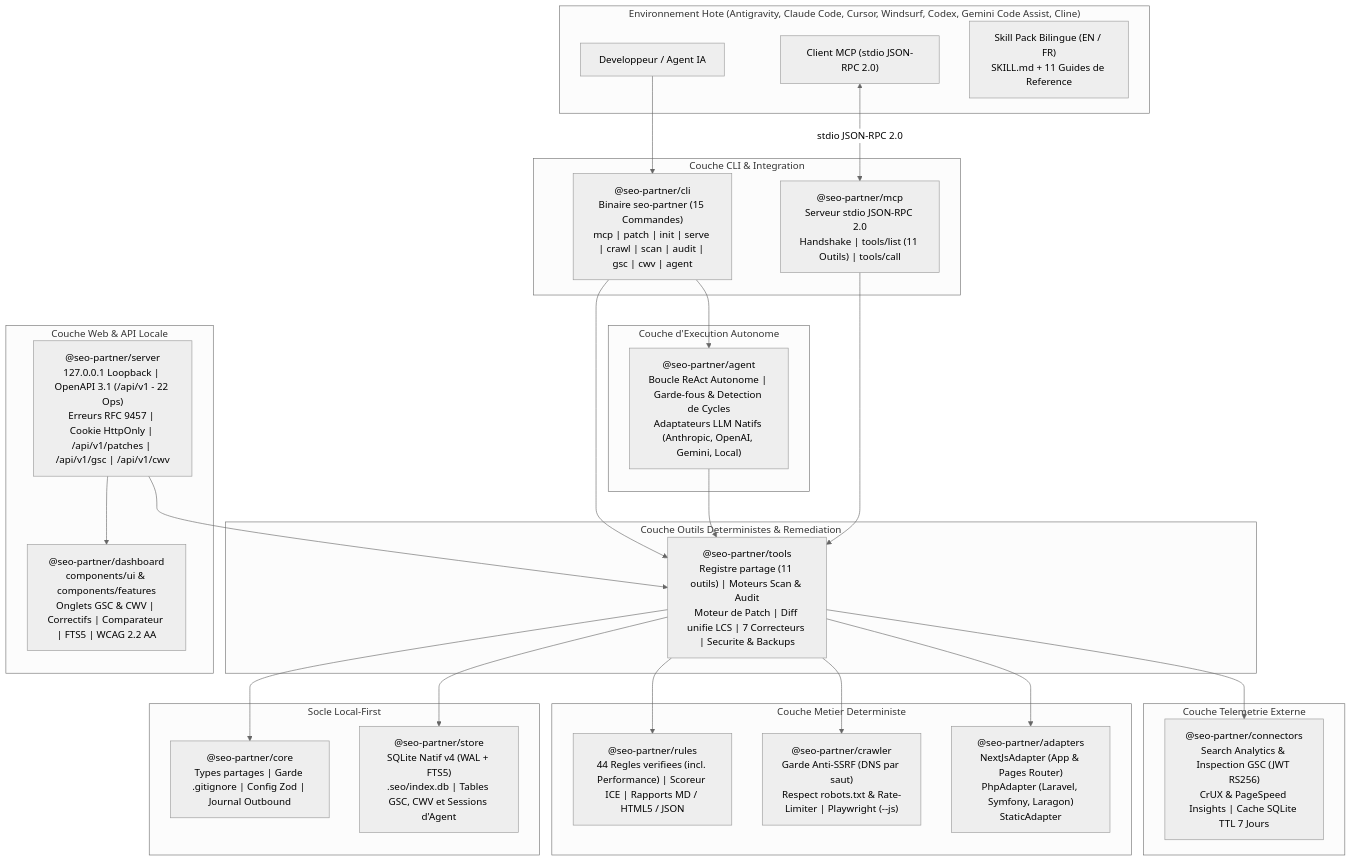
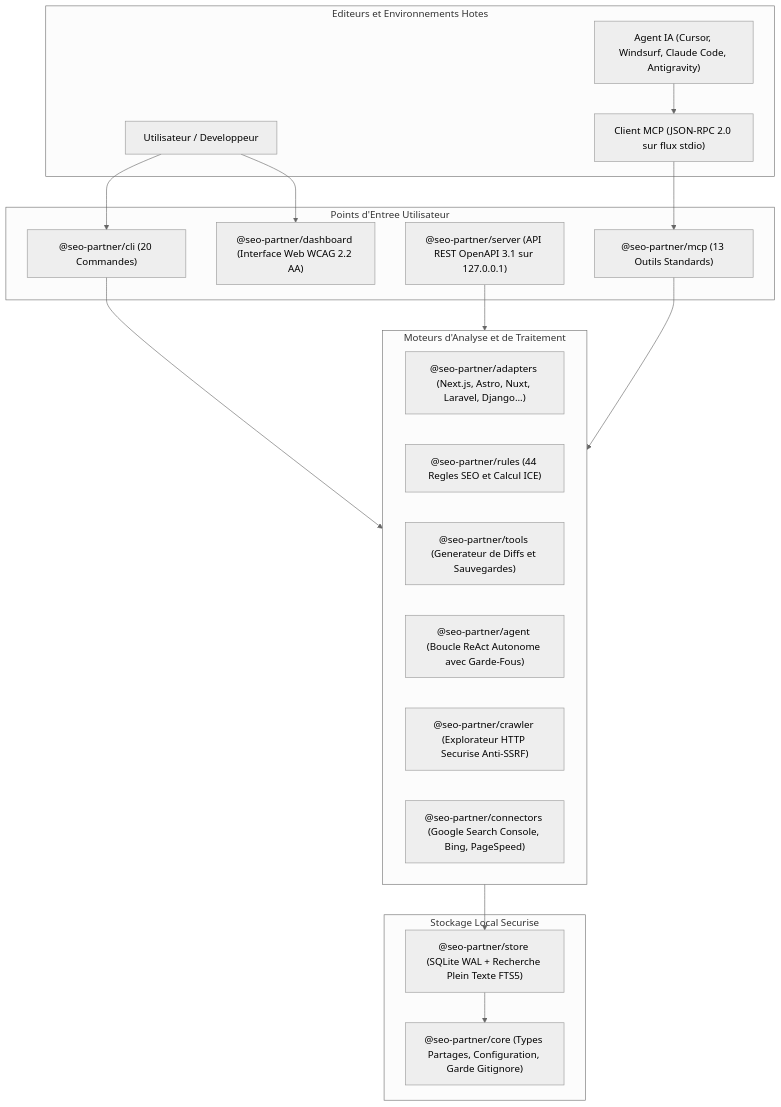
Before and after one commit to Firinze/seo-partner: the diagram in README.fr.md, drawn with Mermaid (neutral theme). The commit also changed other lines of this file and 13 other files, not shown here.

````diff
--- a/README.fr.md
+++ b/README.fr.md
@@ -82,56 +295,39 @@
 ```mermaid
 flowchart TB
-  subgraph IDE["Environnement Hote (Antigravity, Claude Code, Cursor, Windsurf, Codex, Gemini Code Assist, Cline)"]
-    DEV["Developpeur / Agent IA"]
-    MCP_CLIENT["Client MCP (stdio JSON-RPC 2.0)"]
-    SKILL["Skill Pack Bilingue (EN / FR)\nSKILL.md + 11 Guides de Reference"]
+  subgraph IDE["Editeurs et Environnements Hotes"]
+    DEV["Utilisateur / Developpeur"]
+    AGENT_IDE["Agent IA (Cursor, Windsurf, Claude Code, Antigravity)"]
+    MCP_STDIO["Client MCP (JSON-RPC 2.0 sur flux stdio)"]
   end
 
-  subgraph CLI_LAYER["Couche CLI & Integration"]
-    CLI["@seo-partner/cli\nBinaire seo-partner (15 Commandes)\nmcp | patch | init | serve | crawl | scan | audit | gsc | cwv | agent"]
-    MCP_PKG["@seo-partner/mcp\nServeur stdio JSON-RPC 2.0\nHandshake | tools/list (11 Outils) | tools/call"]
+  subgraph CLI_SERVE["Points d'Entree Utilisateur"]
+    CLI["@seo-partner/cli (20 Commandes)"]
+    MCP_SERVER["@seo-partner/mcp (13 Outils Standards)"]
+    REST_API["@seo-partner/server (API REST OpenAPI 3.1 sur 127.0.0.1)"]
+    WEB_DASH["@seo-partner/dashboard (Interface Web WCAG 2.2 AA)"]
   end
 
-  subgraph AGENT_LAYER["Couche d'Execution Autonome"]
-    AGENT["@seo-partner/agent\nBoucle ReAct Autonome | Garde-fous & Detection de Cycles\nAdaptateurs LLM Natifs (Anthropic, OpenAI, Gemini, Local)"]
+  subgraph CORE_ENGINES["Moteurs d'Analyse et de Traitement"]
+    ROUTER_SCAN["@seo-partner/adapters (Next.js, Astro, Nuxt, Laravel, Django...)"]
+    RULES_ENGINE["@seo-partner/rules (44 Regles SEO et Calcul ICE)"]
+    PATCH_ENGINE["@seo-partner/tools (Generateur de Diffs et Sauvegardes)"]
+    AGENT_ENGINE["@seo-partner/agent (Boucle ReAct Autonome avec Garde-Fous)"]
+    CRAWLER["@seo-partner/crawler (Explorateur HTTP Securise Anti-SSRF)"]
+    CONNECTORS["@seo-partner/connectors (Google Search Console, Bing, PageSpeed)"]
   end
 
-  subgraph TOOLS_LAYER["Couche Outils Deterministes & Remediation"]
-    TOOLS["@seo-partner/tools\nRegistre partage (11 outils) | Moteurs Scan & Audit\nMoteur de Patch | Diff unifie LCS | 7 Correcteurs | Securite & Backups"]
-  end
-
-  subgraph CONNECTORS_LAYER["Couche Telemetrie Externe"]
-    CONNECTORS["@seo-partner/connectors\nSearch Analytics & Inspection GSC (JWT RS256)\nCrUX & PageSpeed Insights | Cache SQLite TTL 7 Jours"]
-  end
-
-  subgraph WEB_LAYER["Couche Web & API Locale"]
-    SERVER["@seo-partner/server\n127.0.0.1 Loopback | OpenAPI 3.1 (/api/v1 - 22 Ops)\nErreurs RFC 9457 | Cookie HttpOnly | /api/v1/patches | /api/v1/gsc | /api/v1/cwv"]
-    DASHBOARD["@seo-partner/dashboard\ncomponents/ui & components/features\nOnglets GSC & CWV | Correctifs | Comparateur | FTS5 | WCAG 2.2 AA"]
-  end
-
-  subgraph ENGINE_LAYER["Couche Metier Deterministe"]
-    ADAPTERS["@seo-partner/adapters\nNextJsAdapter (App & Pages Router)\nPhpAdapter (Laravel, Symfony, Laragon)\nStaticAdapter"]
-    CRAWLER["@seo-partner/crawler\nGarde Anti-SSRF (DNS par saut)\nRespect robots.txt & Rate-Limiter | Playwright (--js)"]
-    RULES["@seo-partner/rules\n44 Regles verifiees (incl. Performance) | Scoreur ICE | Rapports MD / HTML5 / JSON"]
-  end
-
-  subgraph FOUNDATION_LAYER["Socle Local-First"]
-    CORE["@seo-partner/core\nTypes partages | Garde .gitignore | Config Zod | Journal Outbound"]
-    STORE["@seo-partner/store\nSQLite Natif v4 (WAL + FTS5)\n.seo/index.db | Tables GSC, CWV et Sessions d'Agent"]
+  subgraph PERSISTENCE["Stockage Local Securise"]
+    STORE["@seo-partner/store (SQLite WAL + Recherche Plein Texte FTS5)"]
+    CORE["@seo-partner/core (Types Partages, Configuration, Garde Gitignore)"]
   end
 
   DEV --> CLI
-  CLI --> AGENT
-  AGENT --> TOOLS
-  MCP_CLIENT <-->|stdio JSON-RPC 2.0| MCP_PKG
-  MCP_PKG --> TOOLS
-  CLI --> TOOLS
-  SERVER --> TOOLS
-  SERVER --> DASHBOARD
-  TOOLS --> CONNECTORS
-  TOOLS --> ADAPTERS
-  TOOLS --> CRAWLER
-  TOOLS --> RULES
-  TOOLS --> STORE
-  TOOLS --> CORE
+  DEV --> WEB_DASH
+  AGENT_IDE --> MCP_STDIO
+  MCP_STDIO --> MCP_SERVER
+  CLI --> CORE_ENGINES
+  REST_API --> CORE_ENGINES
+  MCP_SERVER --> CORE_ENGINES
+  CORE_ENGINES --> STORE
+  STORE --> CORE
 ```
````
